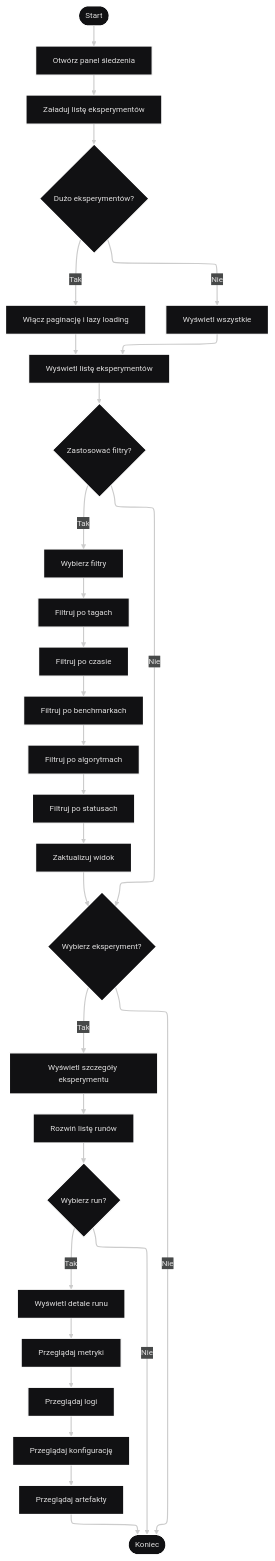
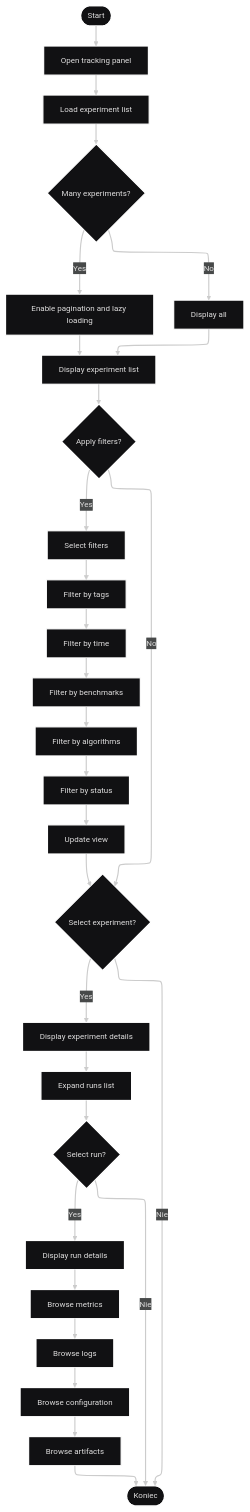
Diagram 12 of 33 in docs/requirements/use-cases.md (jedrzejpolaczek/aviarium.corvidae.corvus_corone), drawn with Mermaid before and after one commit. The commit also changed other lines of this file and 21 other files, not shown here.

````diff
--- a/docs/requirements/use-cases.md
+++ b/docs/requirements/use-cases.md
@@ -577,36 +577,36 @@
 ```mermaid
 ---
 config:
   layout: elk
   theme: redux-dark
 ---
 flowchart TB
-    Start(["Start"]) --> OpenPanel["Otwórz panel śledzenia"]
-    OpenPanel --> LoadExperiments["Załaduj listę eksperymentów"]
-    LoadExperiments --> CheckCount{"Dużo eksperymentów?"}
-    CheckCount -- Tak --> EnablePagination["Włącz paginację i lazy loading"]
-    CheckCount -- Nie --> ShowAll["Wyświetl wszystkie"]
-    EnablePagination --> ShowFiltered["Wyświetl listę eksperymentów"]
+    Start(["Start"]) --> OpenPanel["Open tracking panel"]
+    OpenPanel --> LoadExperiments["Load experiment list"]
+    LoadExperiments --> CheckCount{"Many experiments?"}
+    CheckCount -- Yes --> EnablePagination["Enable pagination and lazy loading"]
+    CheckCount -- No --> ShowAll["Display all"]
+    EnablePagination --> ShowFiltered["Display experiment list"]
     ShowAll --> ShowFiltered
-    ShowFiltered --> ApplyFilters{"Zastosować filtry?"}
-    ApplyFilters -- Tak --> SelectFilters["Wybierz filtry"]
-    SelectFilters --> FilterByTags["Filtruj po tagach"]
-    FilterByTags --> FilterByTime["Filtruj po czasie"]
-    FilterByTime --> FilterByBenchmark["Filtruj po benchmarkach"]
-    FilterByBenchmark --> FilterByAlgorithm["Filtruj po algorytmach"]
-    FilterByAlgorithm --> FilterByStatus["Filtruj po statusach"]
-    FilterByStatus --> UpdateView["Zaktualizuj widok"]
-    ApplyFilters -- Nie --> SelectExperiment{"Wybierz eksperyment?"}
+    ShowFiltered --> ApplyFilters{"Apply filters?"}
+    ApplyFilters -- Yes --> SelectFilters["Select filters"]
+    SelectFilters --> FilterByTags["Filter by tags"]
+    FilterByTags --> FilterByTime["Filter by time"]
+    FilterByTime --> FilterByBenchmark["Filter by benchmarks"]
+    FilterByBenchmark --> FilterByAlgorithm["Filter by algorithms"]
+    FilterByAlgorithm --> FilterByStatus["Filter by status"]
+    FilterByStatus --> UpdateView["Update view"]
+    ApplyFilters -- No --> SelectExperiment{"Select experiment?"}
     UpdateView --> SelectExperiment
-    SelectExperiment -- Tak --> ShowDetails["Wyświetl szczegóły eksperymentu"]
+    SelectExperiment -- Yes --> ShowDetails["Display experiment details"]
     SelectExperiment -- Nie --> End(["Koniec"])
-    ShowDetails --> ExpandRuns["Rozwiń listę runów"]
-    ExpandRuns --> SelectRun{"Wybierz run?"}
-    SelectRun -- Tak --> ShowRunDetails["Wyświetl detale runu"]
+    ShowDetails --> ExpandRuns["Expand runs list"]
+    ExpandRuns --> SelectRun{"Select run?"}
+    SelectRun -- Yes --> ShowRunDetails["Display run details"]
     SelectRun -- Nie --> End
-    ShowRunDetails --> ViewMetrics["Przeglądaj metryki"]
-    ViewMetrics --> ViewLogs["Przeglądaj logi"]
-    ViewLogs --> ViewConfig["Przeglądaj konfigurację"]
-    ViewConfig --> ViewArtifacts["Przeglądaj artefakty"]
+    ShowRunDetails --> ViewMetrics["Browse metrics"]
+    ViewMetrics --> ViewLogs["Browse logs"]
+    ViewLogs --> ViewConfig["Browse configuration"]
+    ViewConfig --> ViewArtifacts["Browse artifacts"]
     ViewArtifacts --> End
 ```
````
